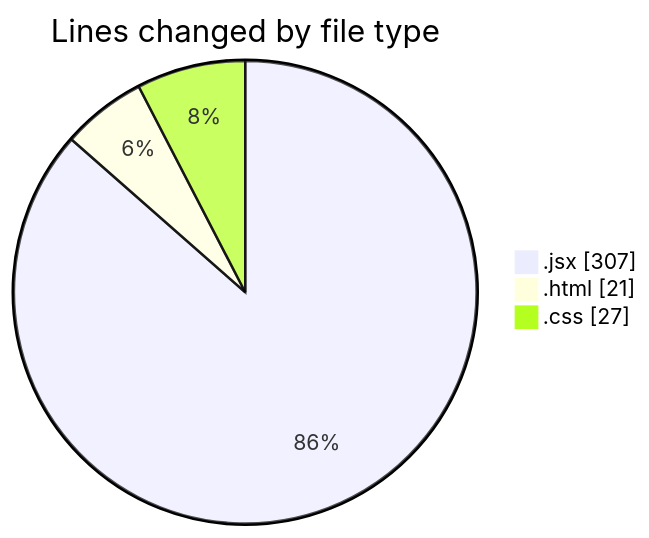
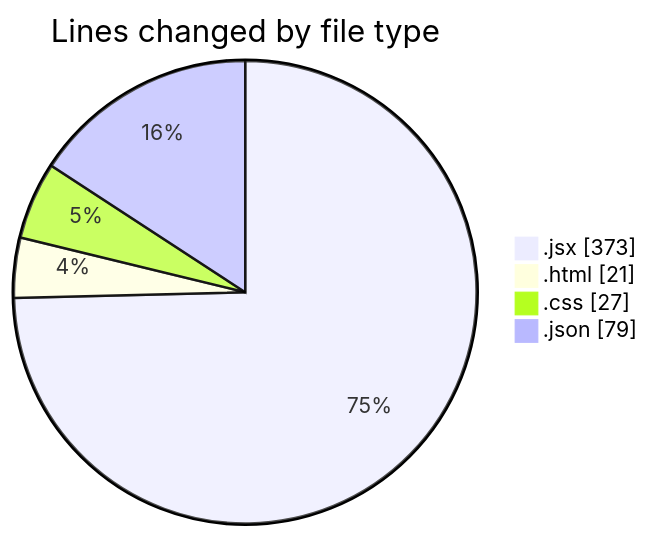
Before and after one commit to Elitesun/code-tracking: the first of 2 diagrams in 2025-02-13/elitegpt/README.md, drawn with Mermaid. The commit also changed other lines of this file and 1 other file, not shown here.

````diff
--- a/2025-02-13/elitegpt/README.md
+++ b/2025-02-13/elitegpt/README.md
@@ -26,7 +27,8 @@
 ```mermaid
 pie showData
 title Lines changed by file type
-".jsx" : 307
+".jsx" : 373
 ".html" : 21
 ".css" : 27
+".json" : 79
 ```
````
